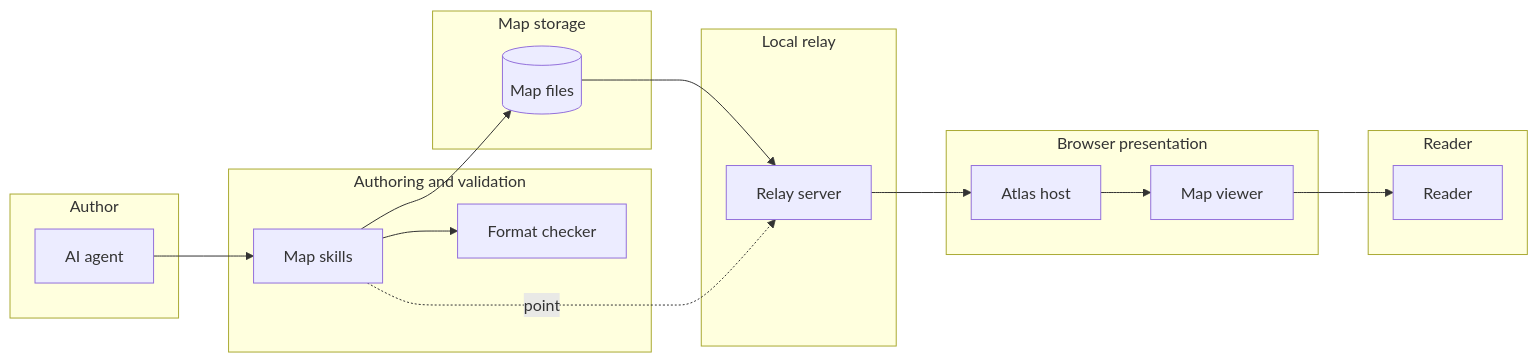
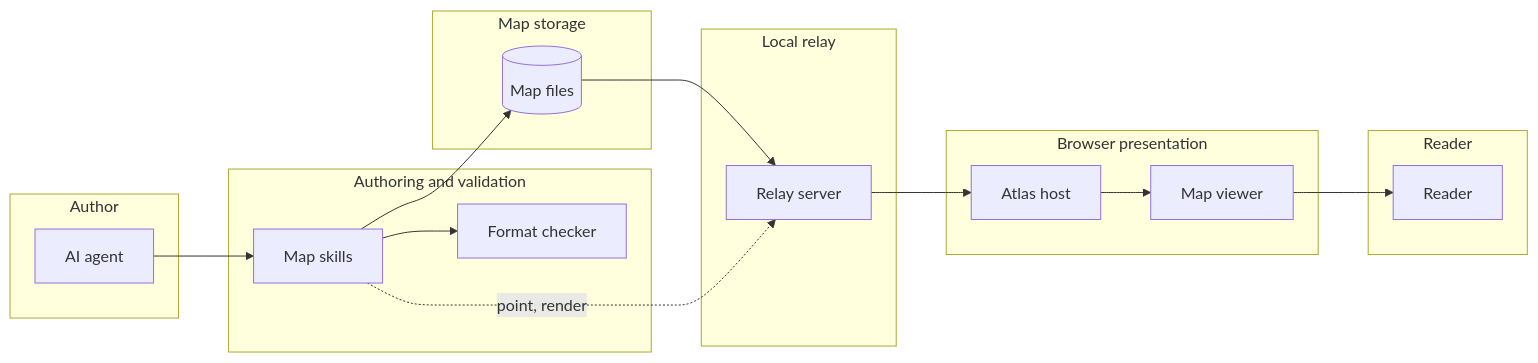
One commit to nvsravank/avagahana changed the first of 17 diagrams in examples/maps/avagahana-architecture.md. Above: the diagram before and after it, drawn with Mermaid. The commit also changed other lines of this file and 48 other files, not shown here.

````diff
--- a/examples/maps/avagahana-architecture.md
+++ b/examples/maps/avagahana-architecture.md
@@ -3,47 +3,48 @@
 ```mermaid
 flowchart LR
   subgraph authors [Author]
     agent["AI agent"]
   end
   subgraph av [Authoring and validation]
     skill["Map skills"]
     checker["Format checker"]
   end
   subgraph storage [Map storage]
     files[("Map files")]
   end
   subgraph bridge [Local relay]
     relay["Relay server"]
   end
   subgraph presentation [Browser presentation]
     atlas["Atlas host"]
     viewer["Map viewer"]
   end
   subgraph audience [Reader]
     reader["Reader"]
   end
   agent --> skill
   skill --> checker
   skill --> files
   files --> relay
   relay --> atlas
   atlas --> viewer
   viewer --> reader
-  skill -.->|point| relay
+  skill -.->|point, render| relay
   class agent,reader person
   class files database
   click av "#project-breakdown"
   click presentation "#viewer-components"
   click viewer "#viewer-components"
   click viewer "#render-pipeline"
   click viewer "#diagram-extension-hooks"
   click viewer "#viewer-load-lifecycle"
   click viewer "#object-ownership"
   click viewer "#logical-map-model"
   click relay "#relay-internals"
   click relay "#live-reload"
+  click relay "#render-for-a-document"
   click atlas "#atlas-and-sources"
   click skill "#plugin-and-quality"
   click skill "#author-check-show"
   click checker "#validation-boundaries"
 ```
````
